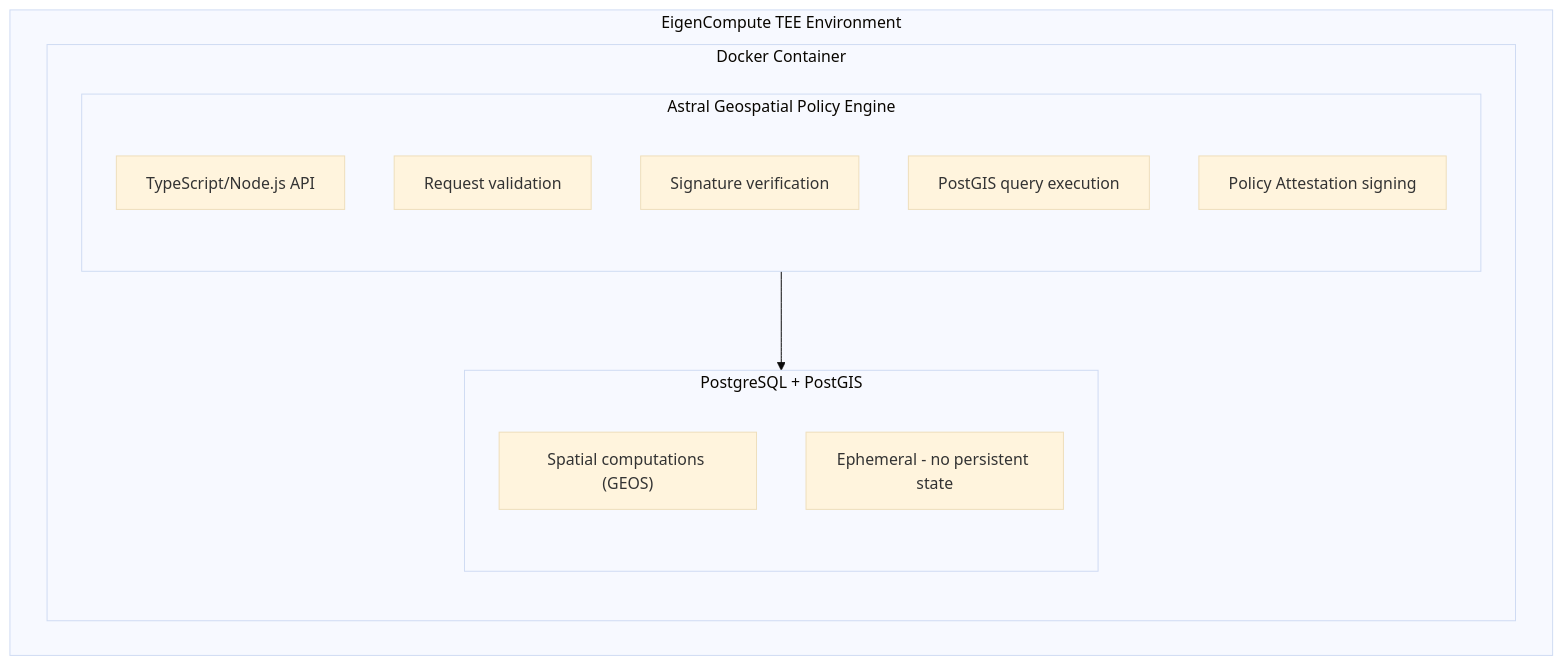
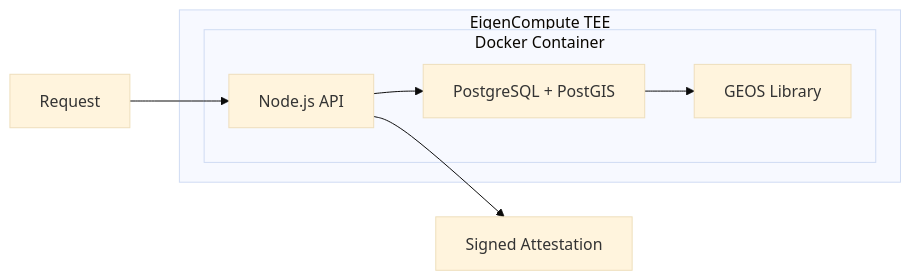
Before and after one commit to AstralProtocol/mintlify-docs: the second of 3 diagrams in how-it-works.mdx, drawn with Mermaid (base theme). The commit also changed other lines of this file and 26 other files, not shown here.

````diff
--- a/how-it-works.mdx
+++ b/how-it-works.mdx
@@ -92,19 +81,12 @@
 ```mermaid
-flowchart TB
-    subgraph TEE["EigenCompute TEE Environment"]
+flowchart LR
+    subgraph TEE["EigenCompute TEE"]
         subgraph Container["Docker Container"]
-            subgraph Engine["Astral Geospatial Policy Engine"]
-                E1["TypeScript/Node.js API"]
-                E2["Request validation"]
-                E3["Signature verification"]
-                E4["PostGIS query execution"]
-                E5["Policy Attestation signing"]
-            end
-            subgraph DB["PostgreSQL + PostGIS"]
-                D1["Spatial computations (GEOS)"]
-                D2["Ephemeral - no persistent state"]
-            end
-            Engine --> DB
+            API[Node.js API] --> PostGIS[PostgreSQL + PostGIS]
+            PostGIS --> GEOS[GEOS Library]
         end
     end
+
+    Input[Request] --> API
+    API --> Output[Signed Attestation]
 ```
````
